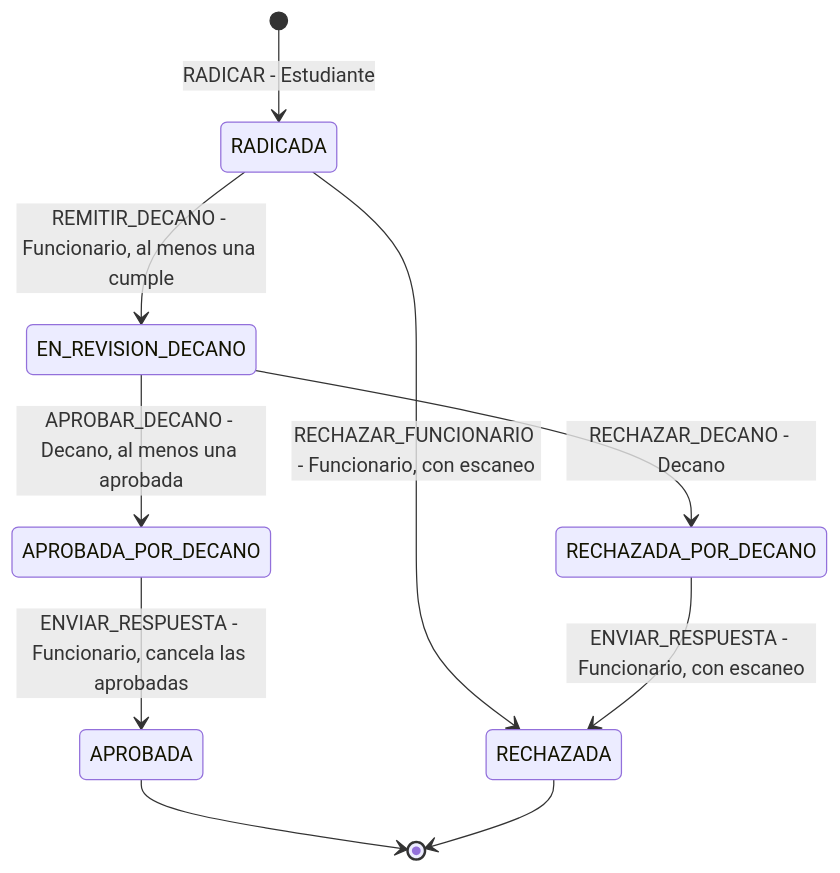
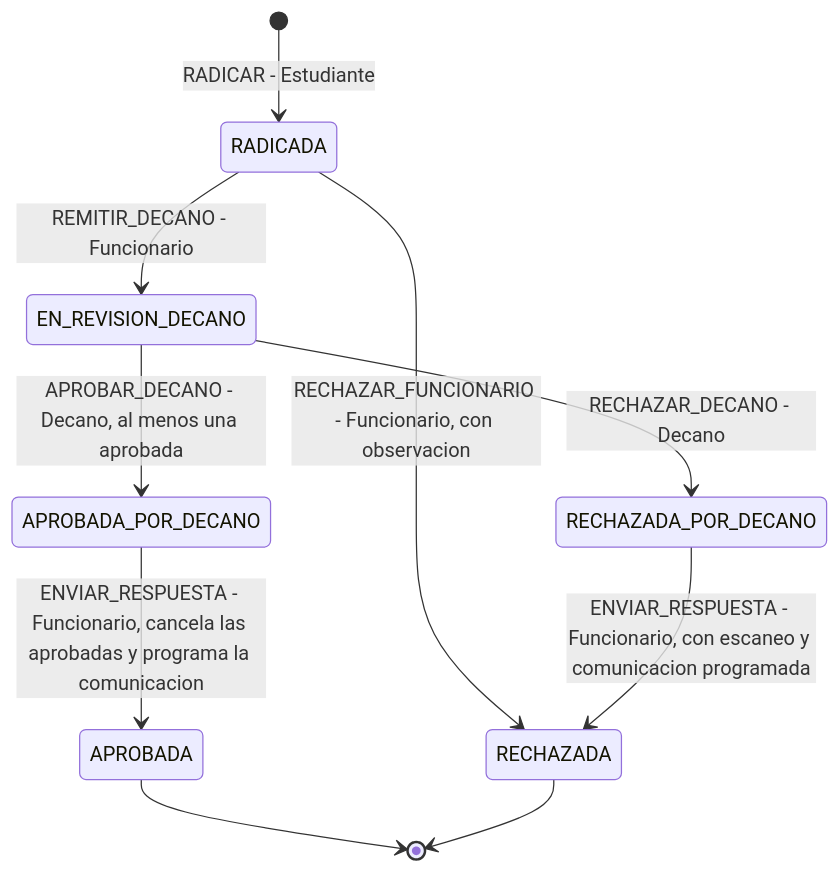
The second of 5 diagrams in docs/analisis/09-flujos-y-estados.md (CamiloBonilla1226/Gestion-Procesos-Academicos-FIET), drawn with Mermaid before and after one commit. The commit also changed other lines of this file and 105 other files, not shown here.

````diff
--- a/docs/analisis/09-flujos-y-estados.md
+++ b/docs/analisis/09-flujos-y-estados.md
@@ -353,12 +359,12 @@
 ```mermaid
 stateDiagram-v2
     [*] --> RADICADA : RADICAR - Estudiante
-    RADICADA --> RECHAZADA : RECHAZAR_FUNCIONARIO - Funcionario, con escaneo
-    RADICADA --> EN_REVISION_DECANO : REMITIR_DECANO - Funcionario, al menos una cumple
+    RADICADA --> RECHAZADA : RECHAZAR_FUNCIONARIO - Funcionario, con observacion
+    RADICADA --> EN_REVISION_DECANO : REMITIR_DECANO - Funcionario
     EN_REVISION_DECANO --> APROBADA_POR_DECANO : APROBAR_DECANO - Decano, al menos una aprobada
     EN_REVISION_DECANO --> RECHAZADA_POR_DECANO : RECHAZAR_DECANO - Decano
-    APROBADA_POR_DECANO --> APROBADA : ENVIAR_RESPUESTA - Funcionario, cancela las aprobadas
-    RECHAZADA_POR_DECANO --> RECHAZADA : ENVIAR_RESPUESTA - Funcionario, con escaneo
+    APROBADA_POR_DECANO --> APROBADA : ENVIAR_RESPUESTA - Funcionario, cancela las aprobadas y programa la comunicacion
+    RECHAZADA_POR_DECANO --> RECHAZADA : ENVIAR_RESPUESTA - Funcionario, con escaneo y comunicacion programada
     APROBADA --> [*]
     RECHAZADA --> [*]
 ```
````
